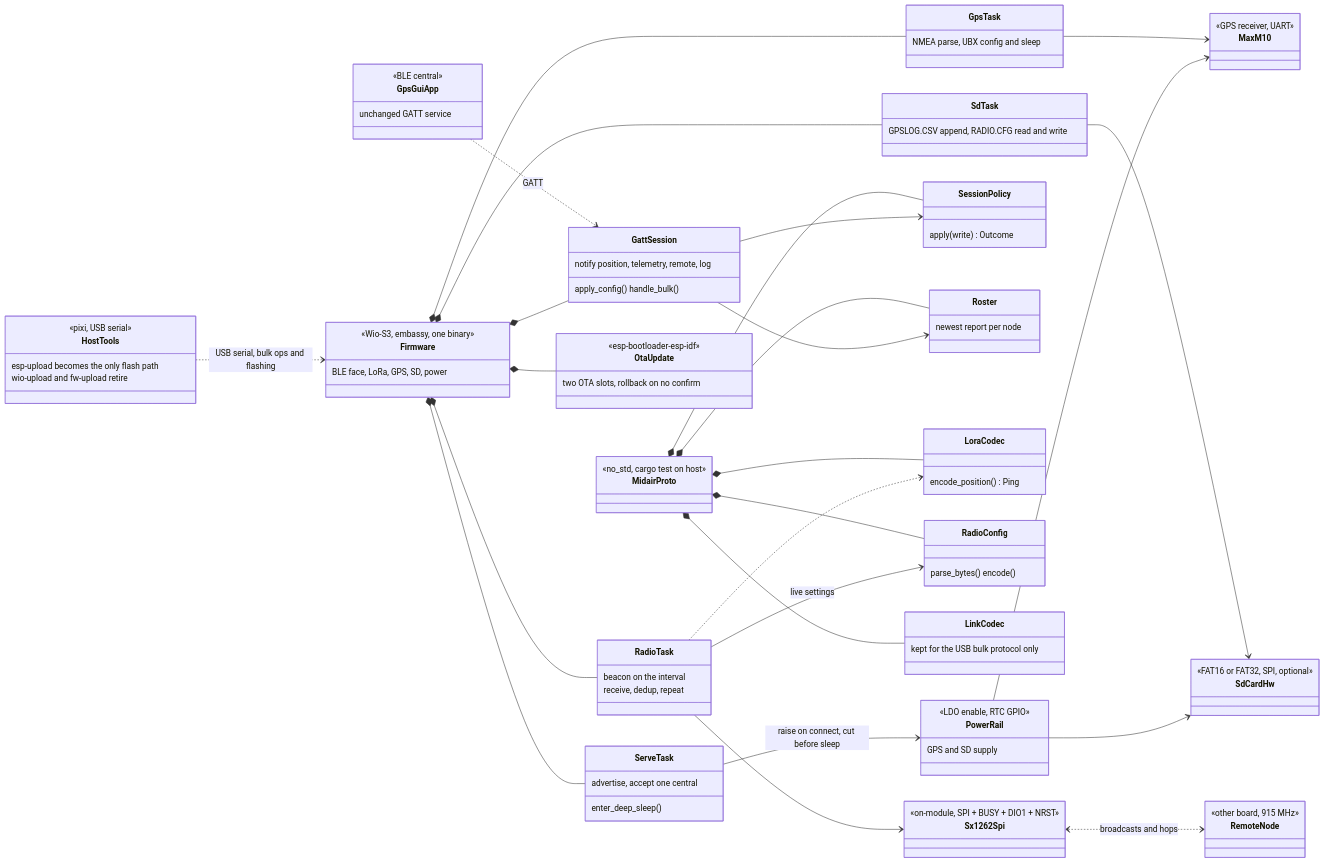
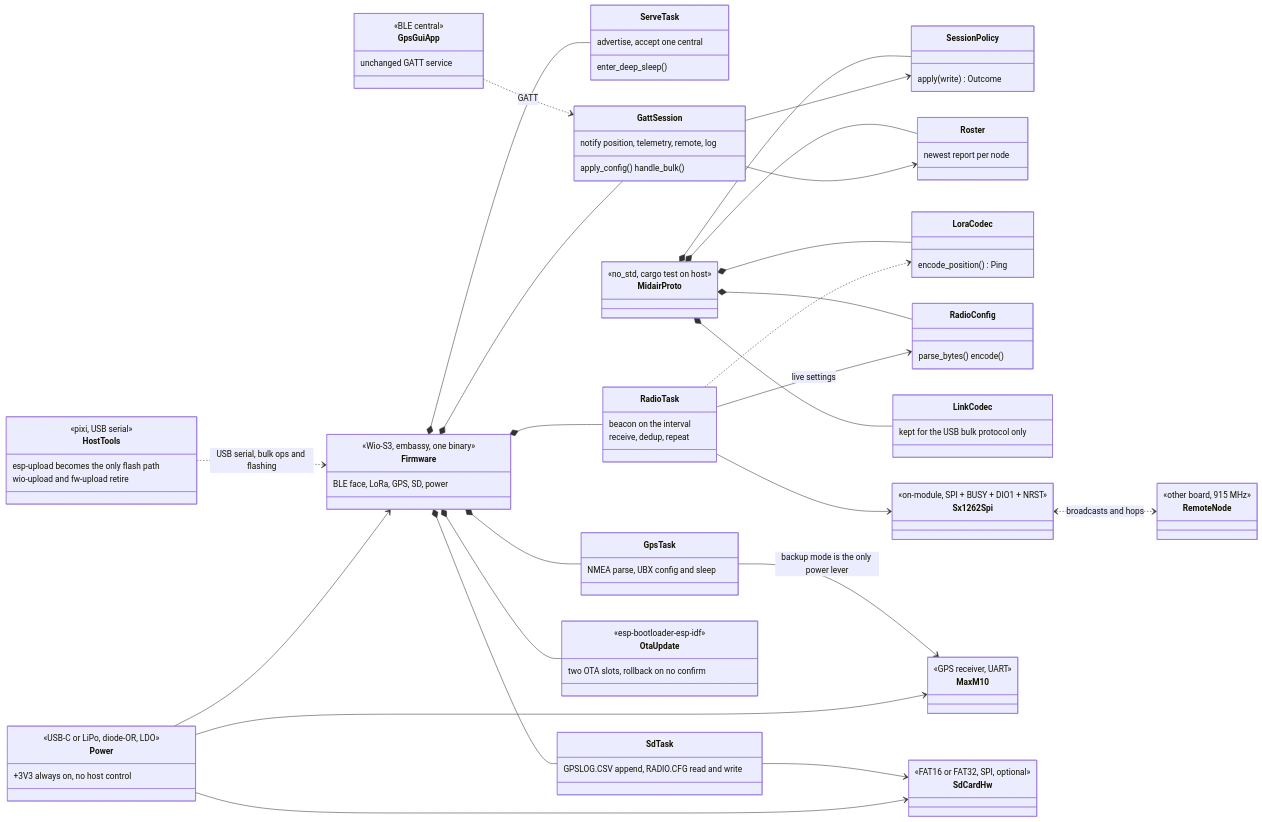
The diagram in PORT-WIO-S3.md (Telemety-In-Midair/telemetry-in-midair-rs), drawn with Mermaid before and after one commit. The commit also changed other lines of this file, not shown here.

First line of the commit message:
docs: replace the guessed pin map with the real wio-s3-max-gps board

````diff
--- a/PORT-WIO-S3.md
+++ b/PORT-WIO-S3.md
@@ -107,9 +107,9 @@
     class SdCardHw {
         <<FAT16 or FAT32, SPI, optional>>
     }
-    class PowerRail {
-        <<LDO enable, RTC GPIO>>
-        GPS and SD supply
+    class Power {
+        <<USB-C or LiPo, diode-OR, LDO>>
+        +3V3 always on, no host control
     }
 
     GpsGuiApp ..> GattSession : GATT
@@ -133,10 +133,10 @@
     RadioTask ..> LoraCodec
     RadioTask --> Sx1262Spi
     RadioTask --> RadioConfig : live settings
-    GpsTask --> MaxM10
+    GpsTask --> MaxM10 : backup mode is the only power lever
     SdTask --> SdCardHw
-    ServeTask --> PowerRail : raise on connect, cut before sleep
-    PowerRail --> MaxM10
-    PowerRail --> SdCardHw
+    Power --> Firmware
+    Power --> MaxM10
+    Power --> SdCardHw
     Sx1262Spi <..> RemoteNode : broadcasts and hops
 ```
````
